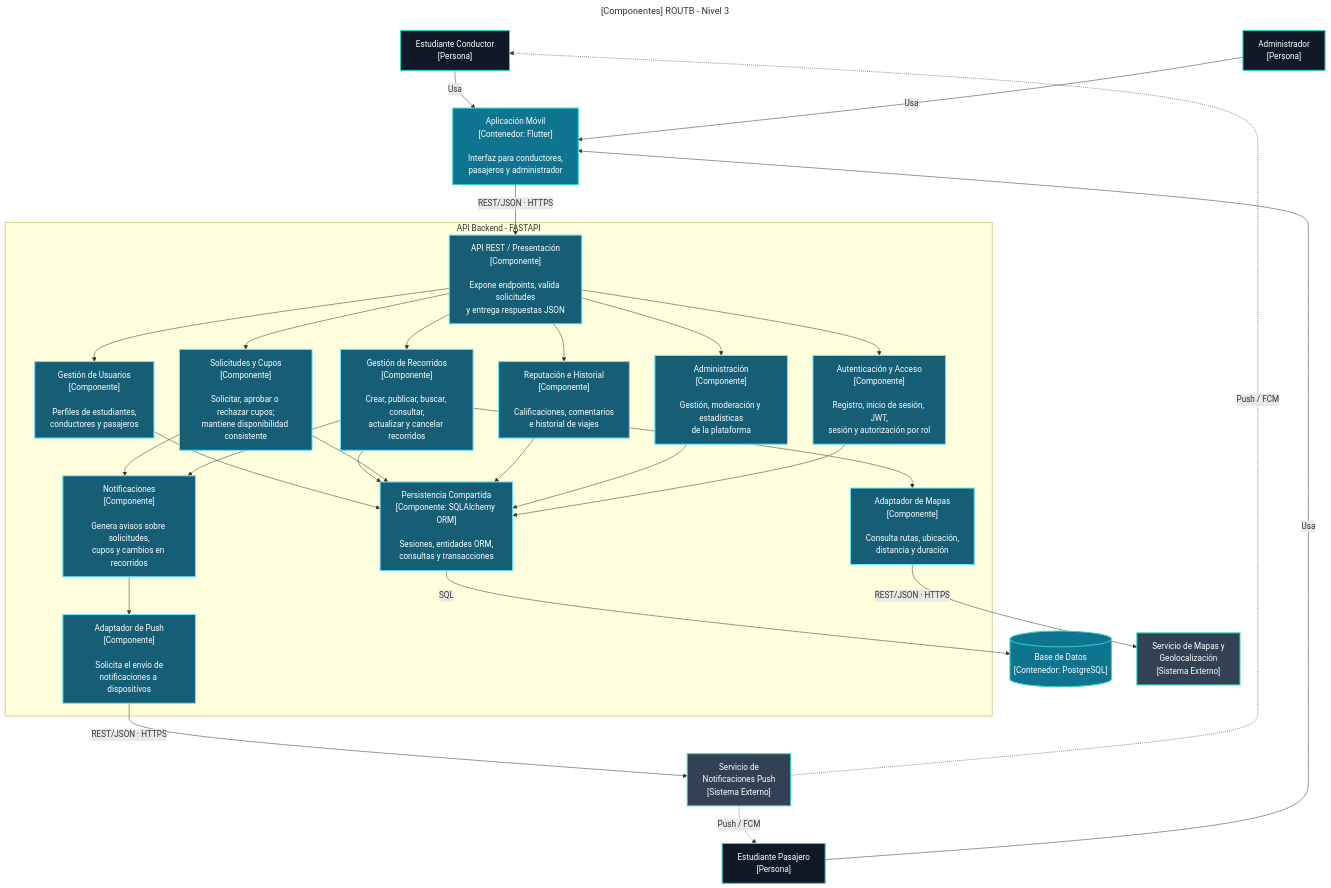
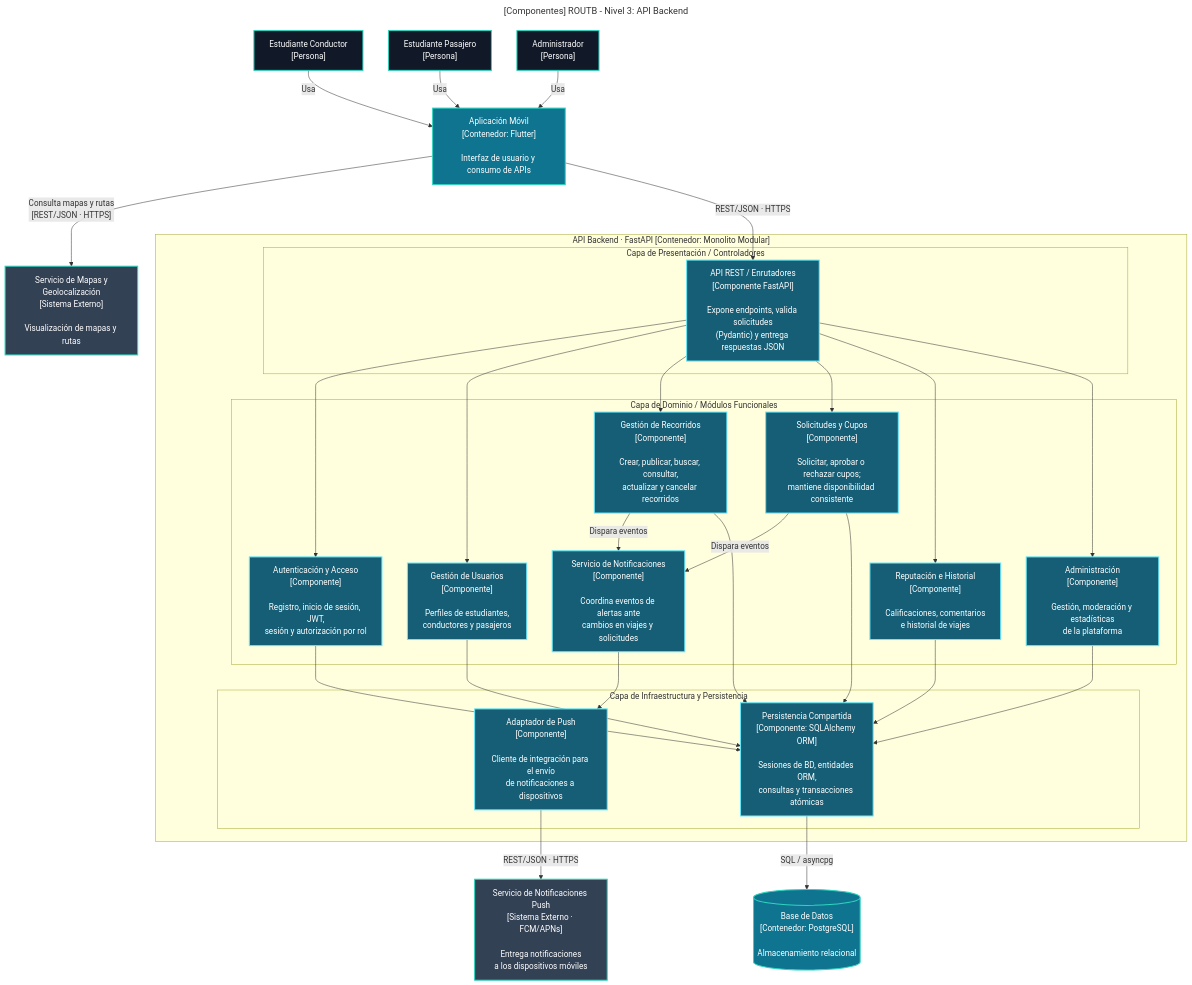
One commit to ISCOUTB/AS_202620_ROUTB changed the third of 3 diagrams in docs/c4/context.md. Above: the diagram before and after it, drawn with Mermaid. The commit also changed other lines of this file and 13 other files, not shown here.

````diff
--- a/docs/c4/context.md
+++ b/docs/c4/context.md
@@ -118,6 +118,6 @@
 ```mermaid
 ---
-title: "[Componentes] ROUTB - Nivel 3"
+title: "[Componentes] ROUTB - Nivel 3: API Backend"
 ---
 
 flowchart TD
@@ -125,45 +125,55 @@
     EP["Estudiante Pasajero<br/>[Persona]"]
     ADM["Administrador<br/>[Persona]"]
 
-    APP["Aplicación Móvil<br/>[Contenedor: Flutter]<br/><br/>Interfaz para conductores,<br/>pasajeros y administrador"]
+    APP["Aplicación Móvil<br/>[Contenedor: Flutter]<br/><br/>Interfaz de usuario y consumo de APIs"]
 
-    subgraph API["API Backend - FASTAPI<br/>"]
+    MAP["Servicio de Mapas y<br/>Geolocalización<br/>[Sistema Externo]<br/><br/>Visualización de mapas y rutas"]
 
-        REST["API REST / Presentación<br/>[Componente]<br/><br/>Expone endpoints, valida solicitudes<br/>y entrega respuestas JSON"]
+    subgraph API["API Backend · FastAPI [Contenedor: Monolito Modular]"]
 
-        AUTH["Autenticación y Acceso<br/>[Componente]<br/><br/>Registro, inicio de sesión, JWT,<br/>sesión y autorización por rol"]
+        subgraph LAYER_PRESENTATION["Capa de Presentación / Controladores"]
+            REST["API REST / Enrutadores<br/>[Componente FastAPI]<br/><br/>Expone endpoints, valida solicitudes<br/>(Pydantic) y entrega respuestas JSON"]
+        end
 
-        USERS["Gestión de Usuarios<br/>[Componente]<br/><br/>Perfiles de estudiantes,<br/>conductores y pasajeros"]
+        subgraph LAYER_DOMAIN["Capa de Dominio / Módulos Funcionales"]
+            AUTH["Autenticación y Acceso<br/>[Componente]<br/><br/>Registro, inicio de sesión, JWT,<br/>sesión y autorización por rol"]
 
-        TRIPS["Gestión de Recorridos<br/>[Componente]<br/><br/>Crear, publicar, buscar, consultar,<br/>actualizar y cancelar recorridos"]
+            USERS["Gestión de Usuarios<br/>[Componente]<br/><br/>Perfiles de estudiantes,<br/>conductores y pasajeros"]
 
-        REQUESTS["Solicitudes y Cupos<br/>[Componente]<br/><br/>Solicitar, aprobar o rechazar cupos;<br/>mantiene disponibilidad consistente"]
+            TRIPS["Gestión de Recorridos<br/>[Componente]<br/><br/>Crear, publicar, buscar, consultar,<br/>actualizar y cancelar recorridos"]
 
-        NOTIFICATIONS["Notificaciones<br/>[Componente]<br/><br/>Genera avisos sobre solicitudes,<br/>cupos y cambios en recorridos"]
+            REQUESTS["Solicitudes y Cupos<br/>[Componente]<br/><br/>Solicitar, aprobar o rechazar cupos;<br/>mantiene disponibilidad consistente"]
 
-        REPUTATION["Reputación e Historial<br/>[Componente]<br/><br/>Calificaciones, comentarios<br/>e historial de viajes"]
+            REPUTATION["Reputación e Historial<br/>[Componente]<br/><br/>Calificaciones, comentarios<br/>e historial de viajes"]
 
-        ADMIN["Administración<br/>[Componente]<br/><br/>Gestión, moderación y estadísticas<br/>de la plataforma"]
+            ADMIN["Administración<br/>[Componente]<br/><br/>Gestión, moderación y estadísticas<br/>de la plataforma"]
 
-        MAP_ADAPTER["Adaptador de Mapas<br/>[Componente]<br/><br/>Consulta rutas, ubicación,<br/>distancia y duración"]
+            NOTIFICATIONS["Servicio de Notificaciones<br/>[Componente]<br/><br/>Coordina eventos de alertas ante<br/>cambios en viajes y solicitudes"]
+        end
 
-        PUSH_ADAPTER["Adaptador de Push<br/>[Componente]<br/><br/>Solicita el envío de<br/>notificaciones a dispositivos"]
+        subgraph LAYER_INFRA["Capa de Infraestructura y Persistencia"]
+            PUSH_ADAPTER["Adaptador de Push<br/>[Componente]<br/><br/>Cliente de integración para el envío<br/>de notificaciones a dispositivos"]
 
-        PERSISTENCE["Persistencia Compartida<br/>[Componente: SQLAlchemy ORM]<br/><br/>Sesiones, entidades ORM,<br/>consultas y transacciones"]
+            PERSISTENCE["Persistencia Compartida<br/>[Componente: SQLAlchemy ORM]<br/><br/>Sesiones de BD, entidades ORM,<br/>consultas y transacciones atómicas"]
+        end
     end
 
-    DB[("Base de Datos<br/>[Contenedor: PostgreSQL]")]
+    DB[("Base de Datos<br/>[Contenedor: PostgreSQL]<br/><br/>Almacenamiento relacional")]
 
-    MAP["Servicio de Mapas y<br/>Geolocalización<br/>[Sistema Externo]"]
+    PUSH["Servicio de Notificaciones Push<br/>[Sistema Externo · FCM/APNs]<br/><br/>Entrega notificaciones<br/>a los dispositivos móviles"]
 
-    PUSH["Servicio de<br/>Notificaciones Push<br/>[Sistema Externo]"]
-
+    %% Interacción usuarios -> aplicación
     EC -->|"Usa"| APP
     EP -->|"Usa"| APP
     ADM -->|"Usa"| APP
 
+    %% Aplicación móvil -> Servicio de mapas (responsabilidad de cliente)
+    APP -->|"Consulta mapas y rutas<br/>[REST/JSON · HTTPS]"| MAP
+
+    %% Aplicación móvil -> Backend
     APP -->|"REST/JSON · HTTPS"| REST
 
+    %% Presentación -> Módulos de dominio
     REST --> AUTH
     REST --> USERS
     REST --> TRIPS
@@ -171,26 +181,26 @@
     REST --> REPUTATION
     REST --> ADMIN
 
+    %% Eventos hacia el módulo de notificaciones
+    TRIPS -->|"Dispara eventos"| NOTIFICATIONS
+    REQUESTS -->|"Dispara eventos"| NOTIFICATIONS
+
+    %% Módulos de dominio -> Persistencia
+    AUTH --> PERSISTENCE
     USERS --> PERSISTENCE
     TRIPS --> PERSISTENCE
     REQUESTS --> PERSISTENCE
     REPUTATION --> PERSISTENCE
     ADMIN --> PERSISTENCE
-    AUTH --> PERSISTENCE
 
-    TRIPS --> MAP_ADAPTER
-    MAP_ADAPTER -->|"REST/JSON · HTTPS"| MAP
+    %% Notificaciones -> Adaptador externo
+    NOTIFICATIONS --> PUSH_ADAPTER
 
-    REQUESTS --> NOTIFICATIONS
-    TRIPS --> NOTIFICATIONS
-    NOTIFICATIONS --> PUSH_ADAPTER
+    %% Infraestructura -> Servicios externos
     PUSH_ADAPTER -->|"REST/JSON · HTTPS"| PUSH
+    PERSISTENCE -->|"SQL / asyncpg"| DB
 
-    PERSISTENCE -->|"SQL"| DB
-
-    PUSH -.->|"Push / FCM"| EC
-    PUSH -.->|"Push / FCM"| EP
-
+    %% Clases de estilo C4
     classDef actor fill:#111827,stroke:#2dd4bf,color:#fff,stroke-width:2px
     classDef container fill:#0e7490,stroke:#2dd4bf,color:#fff,stroke-width:2px
     classDef component fill:#155e75,stroke:#67e8f9,color:#fff,stroke-width:2px
@@ -198,6 +208,6 @@
 
     class EC,EP,ADM actor
     class APP,DB container
-    class REST,AUTH,USERS,TRIPS,REQUESTS,NOTIFICATIONS,REPUTATION,ADMIN,MAP_ADAPTER,PUSH_ADAPTER,PERSISTENCE component
+    class REST,AUTH,USERS,TRIPS,REQUESTS,NOTIFICATIONS,REPUTATION,ADMIN,PUSH_ADAPTER,PERSISTENCE component
     class MAP,PUSH service
 ```
````
